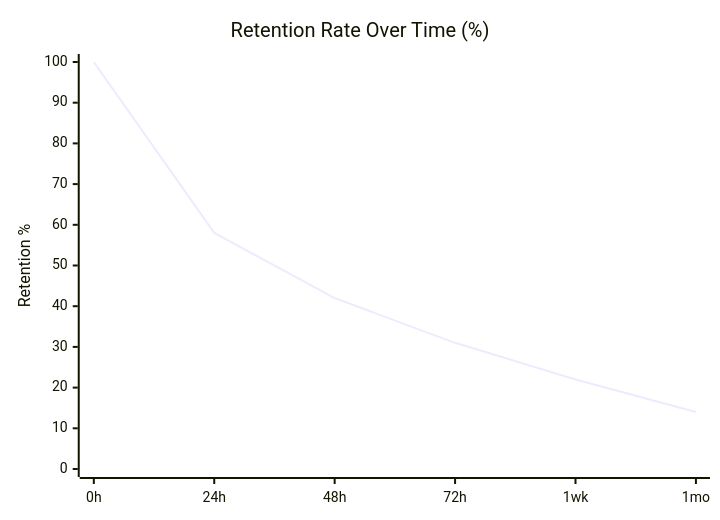
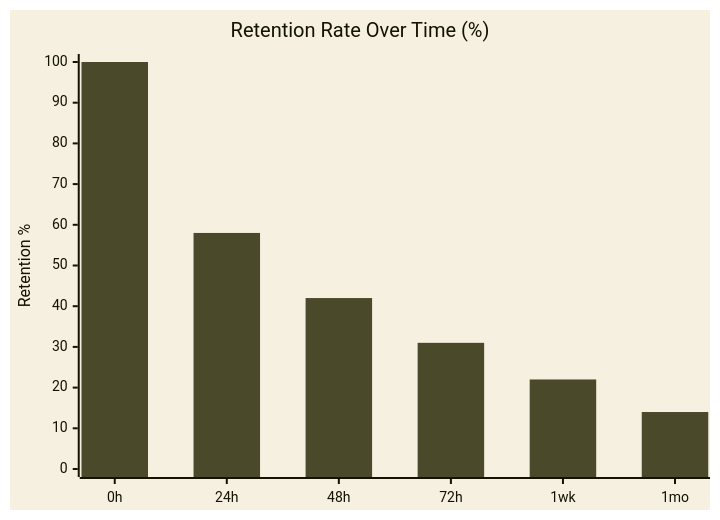
Before and after one commit to pjdoland/slidev-theme-field-manual: the third of 3 diagrams in example.md, drawn with Mermaid. The commit also changed other lines of this file and 6 other files, not shown here.

First line of the commit message:
Add Mermaid chart examples and polish chart area rendering

````diff
--- a/example.md
+++ b/example.md
@@ -740,7 +786,8 @@
 ```mermaid
+%%{init: {'theme': 'base', 'xyChart': {'useMaxWidth': true, 'backgroundColor': '#f5f0e0', 'plotColorPalette': '#4a4a2a'}, 'themeVariables': {'xyChart': {'backgroundColor': '#f5f0e0', 'plotColorPalette': '#4a4a2a'}}}}%%
 xychart-beta
     title "Retention Rate Over Time (%)"
     x-axis ["0h", "24h", "48h", "72h", "1wk", "1mo"]
     y-axis "Retention %" 0 --> 100
-    line [100, 58, 42, 31, 22, 14]
+    bar [100, 58, 42, 31, 22, 14]
 ```
````
